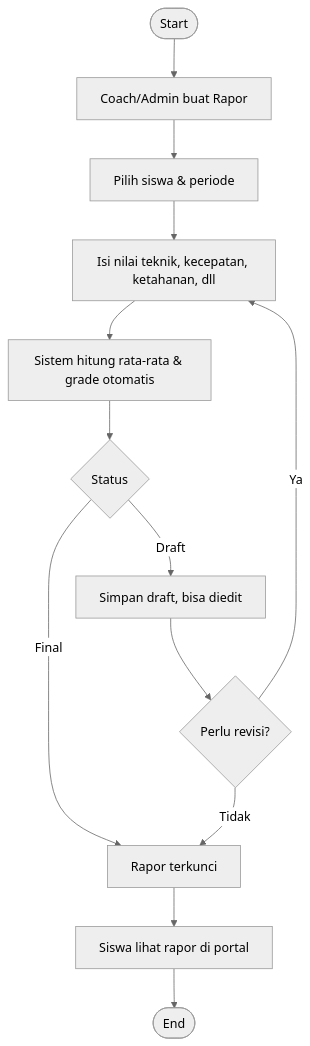
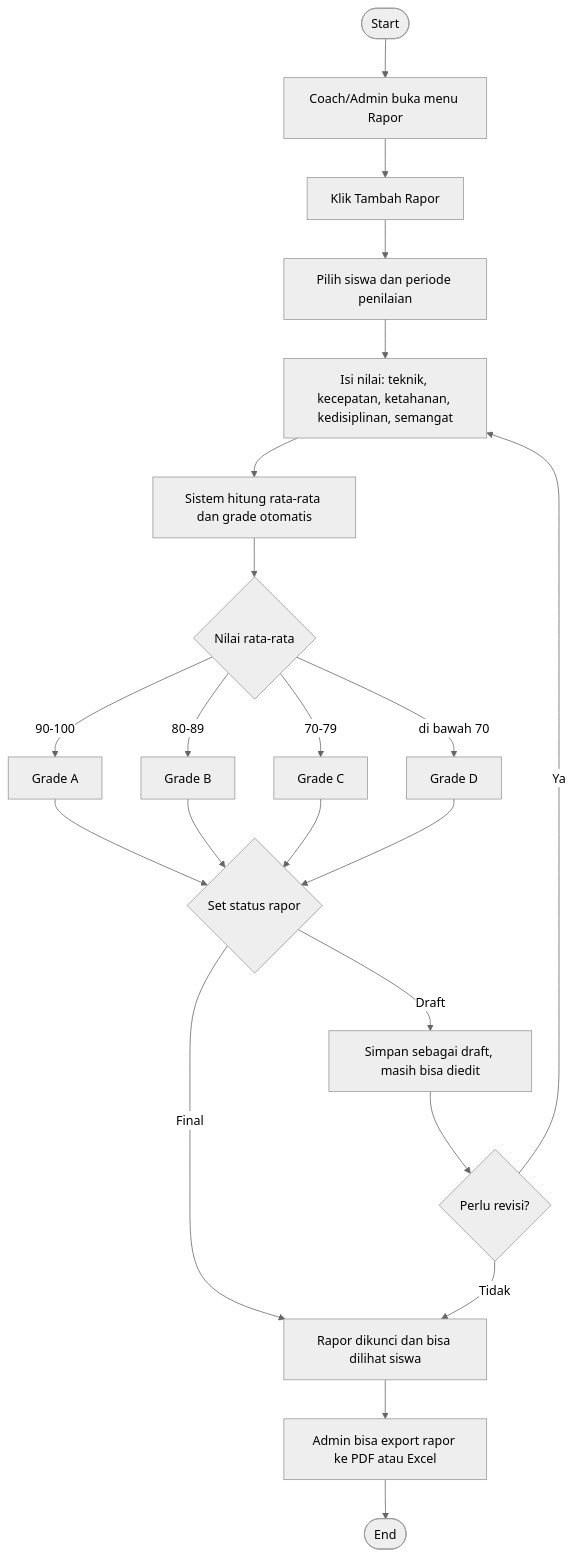
Before and after one commit to Hendrasetyawan1945/sistem-manajemen-kolam: the seventh of 11 diagrams in docs/alur-sistem.md, drawn with Mermaid (neutral theme). The commit also changed other lines of this file and 1 other file, not shown here.

````diff
--- a/docs/alur-sistem.md
+++ b/docs/alur-sistem.md
@@ -81,15 +179,24 @@
 ```mermaid
 flowchart TD
-    A([Start]) --> B[Coach/Admin buat Rapor]
-    B --> C[Pilih siswa & periode]
-    C --> D[Isi nilai teknik, kecepatan, ketahanan, dll]
-    D --> E[Sistem hitung rata-rata & grade otomatis]
-    E --> F{Status}
-    F -->|Draft| G[Simpan draft, bisa diedit]
-    F -->|Final| H[Rapor terkunci]
-    G --> I{Perlu revisi?}
-    I -->|Ya| D
-    I -->|Tidak| H
-    H --> J[Siswa lihat rapor di portal]
-    J --> K([End])
+    A([Start]) --> B[Coach/Admin buka menu Rapor]
+    B --> C[Klik Tambah Rapor]
+    C --> D[Pilih siswa dan periode penilaian]
+    D --> E[Isi nilai: teknik, kecepatan, ketahanan, kedisiplinan, semangat]
+    E --> F[Sistem hitung rata-rata dan grade otomatis]
+    F --> G{Nilai rata-rata}
+    G -->|90-100| H[Grade A]
+    G -->|80-89| I[Grade B]
+    G -->|70-79| J[Grade C]
+    G -->|di bawah 70| K[Grade D]
+    H --> L{Set status rapor}
+    I --> L
+    J --> L
+    K --> L
+    L -->|Draft| M[Simpan sebagai draft, masih bisa diedit]
+    L -->|Final| N[Rapor dikunci dan bisa dilihat siswa]
+    M --> O{Perlu revisi?}
+    O -->|Ya| E
+    O -->|Tidak| N
+    N --> P[Admin bisa export rapor ke PDF atau Excel]
+    P --> Q([End])
 ```
````
